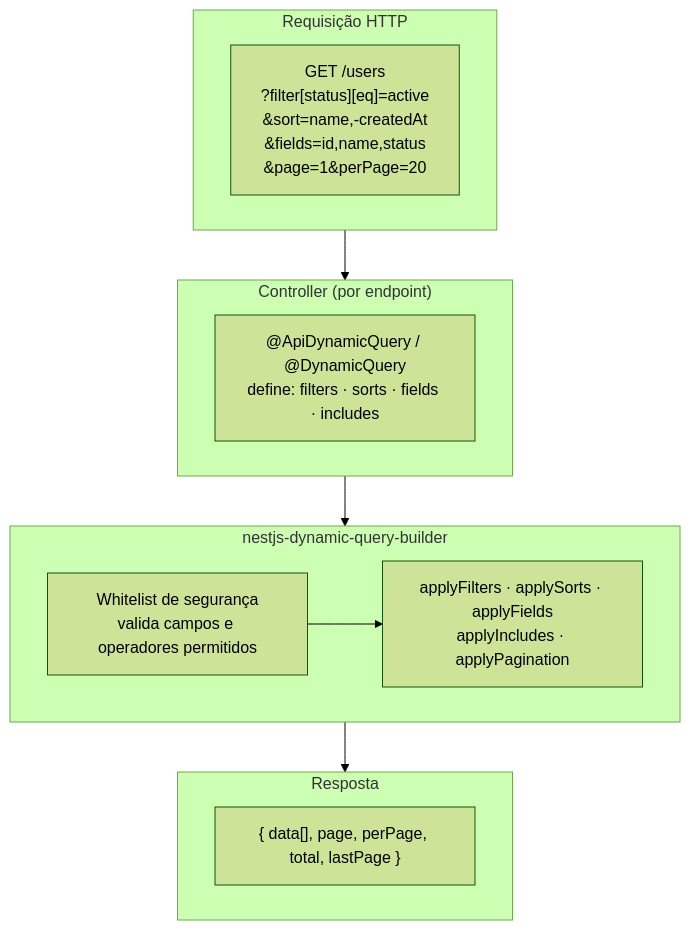
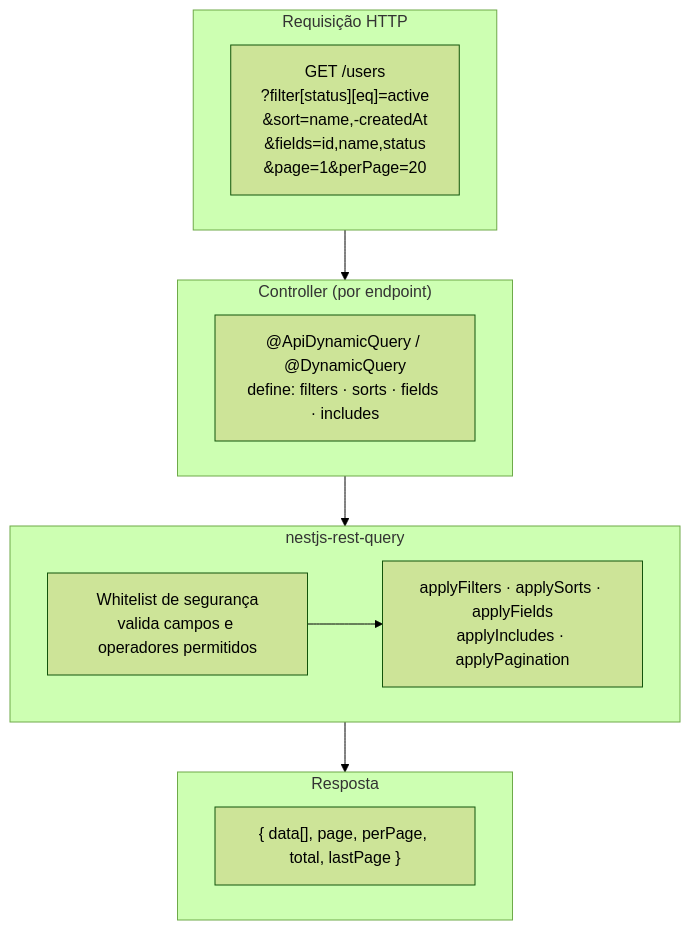
One commit to naldomadeira/nestjs-rest-query changed the diagram in apps/docs/content/docs/index.mdx. Above: the diagram before and after it, drawn with Mermaid (forest theme). The commit also changed other lines of this file and 9 other files, not shown here.

````diff
--- a/apps/docs/content/docs/index.mdx
+++ b/apps/docs/content/docs/index.mdx
@@ -10,24 +10,24 @@
 ```mermaid
 flowchart TD
   subgraph IN["Requisição HTTP"]
     Q["GET /users\n?filter[status][eq]=active\n&sort=name,-createdAt\n&fields=id,name,status\n&page=1&perPage=20"]
   end
 
   subgraph CTRL["Controller (por endpoint)"]
     D["@ApiDynamicQuery / @DynamicQuery\ndefine: filters · sorts · fields · includes"]
   end
 
-  subgraph LIB["nestjs-dynamic-query-builder"]
+  subgraph LIB["nestjs-rest-query"]
     W["Whitelist de segurança\nvalida campos e operadores permitidos"]
     H["applyFilters · applySorts · applyFields\napplyIncludes · applyPagination"]
     W --> H
   end
 
   subgraph OUT["Resposta"]
     R["{ data[], page, perPage, total, lastPage }"]
   end
 
   IN --> CTRL
   CTRL --> LIB
   LIB --> OUT
 ```
````
